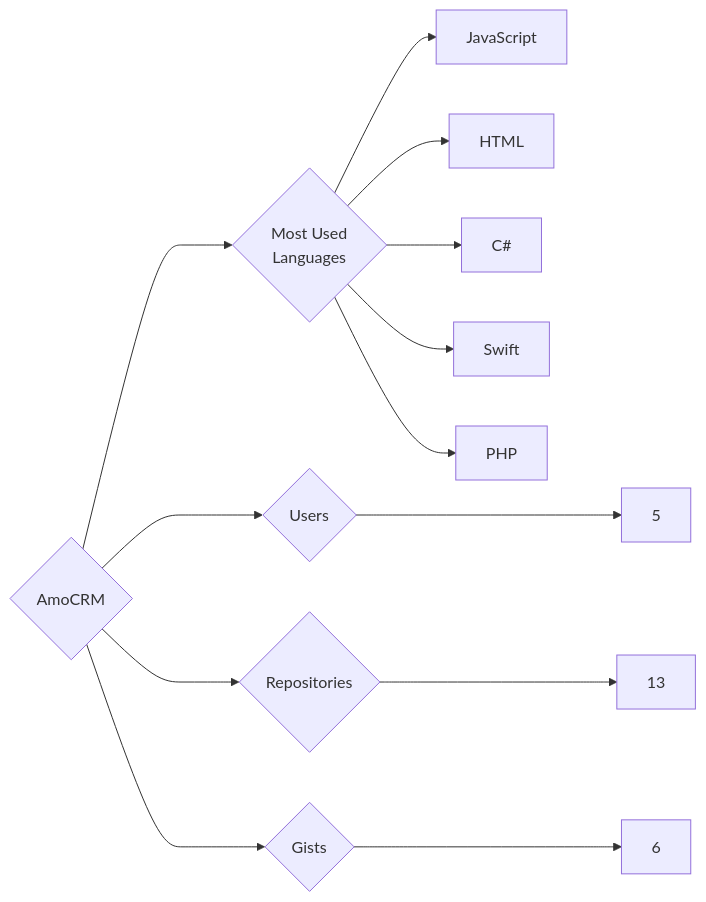
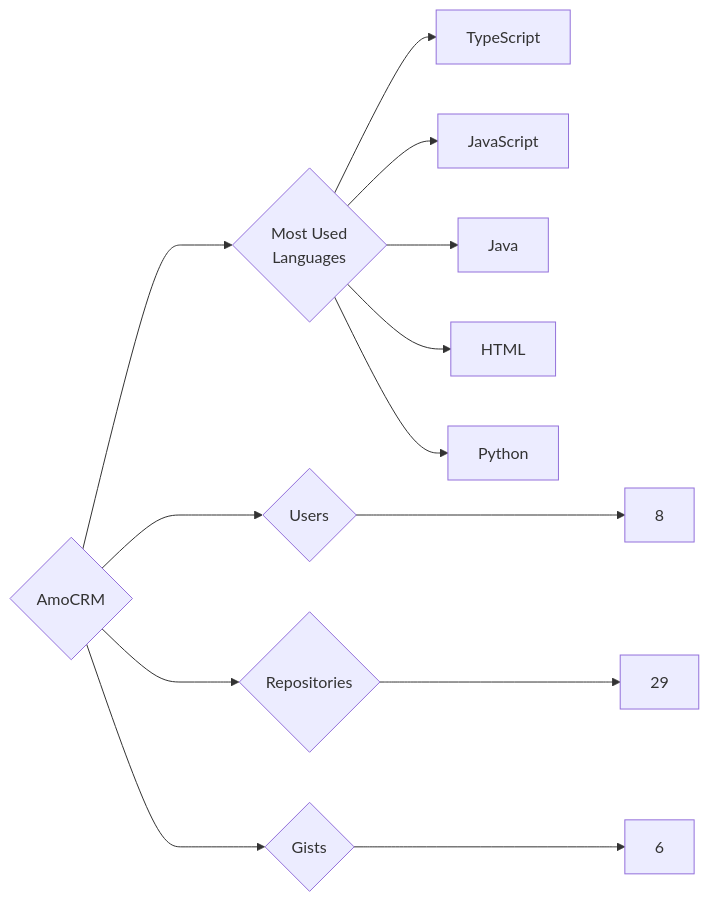
One commit to trickest/insiders changed the diagram in targets/AmoCRM/README.md. Above: the diagram before and after it, drawn with Mermaid. The commit also changed 880 other files, not shown here.

````diff
--- a/targets/AmoCRM/README.md
+++ b/targets/AmoCRM/README.md
@@ -3,13 +3,13 @@
 ```mermaid
 graph LR
 COMPANY_NAME{AmoCRM}
-COMPANY_NAME ---> U{Users} ---> UN[5]
-COMPANY_NAME ---> R{Repositories} ---> RN[13]
+COMPANY_NAME ---> U{Users} ---> UN[8]
+COMPANY_NAME ---> R{Repositories} ---> RN[29]
 COMPANY_NAME ---> G{Gists} ---> GN[6]
 COMPANY_NAME ---> ML{Most Used<br>Languages}
+ML --> TypeScript[TypeScript]
 ML --> JavaScript[JavaScript]
+ML --> Java[Java]
 ML --> HTML[HTML]
-ML --> C#[C#]
-ML --> Swift[Swift]
-ML --> PHP[PHP]
+ML --> Python[Python]
 ```
````
